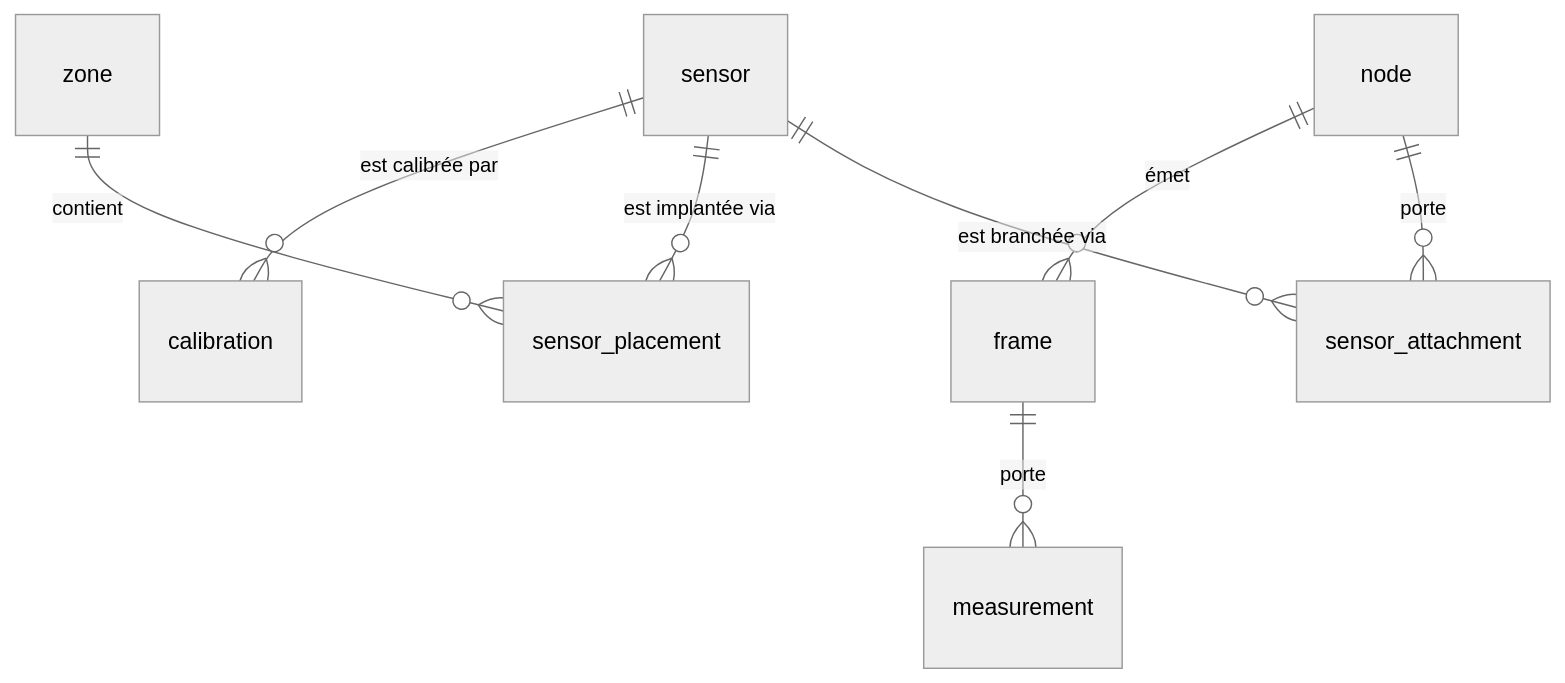
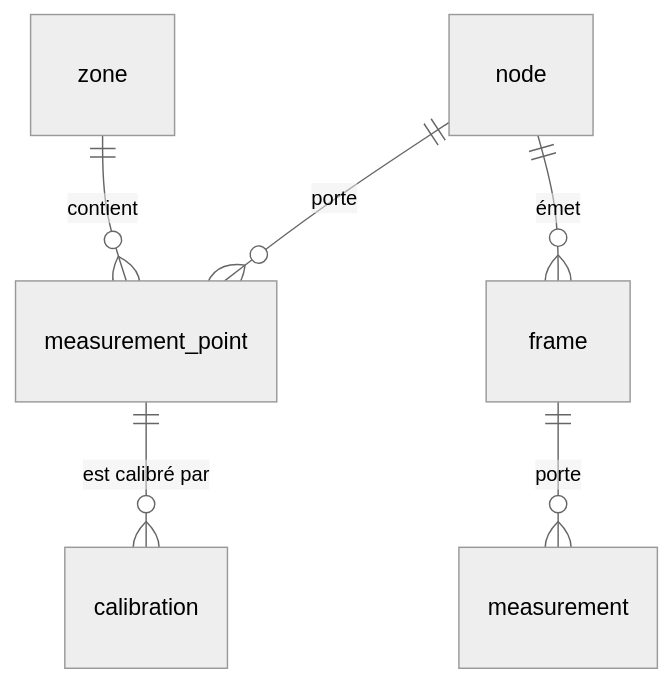
Before and after one commit to gfriloux/jardin: the second of 2 diagrams in docs/src/content/docs/projet/modele-de-donnees.md, drawn with Mermaid (neutral theme). The commit also changed other lines of this file and 1 other file, not shown here.

````diff
--- a/docs/src/content/docs/projet/modele-de-donnees.md
+++ b/docs/src/content/docs/projet/modele-de-donnees.md
@@ -80,10 +83,8 @@
 ```mermaid
 erDiagram
-    node ||--o{ sensor_attachment : "porte"
-    sensor ||--o{ sensor_attachment : "est branchée via"
-    sensor ||--o{ sensor_placement : "est implantée via"
-    zone ||--o{ sensor_placement : "contient"
-    sensor ||--o{ calibration : "est calibrée par"
+    node ||--o{ measurement_point : "porte"
+    zone ||--o{ measurement_point : "contient"
+    measurement_point ||--o{ calibration : "est calibré par"
     node ||--o{ frame : "émet"
     frame ||--o{ measurement : "porte"
 ```
````
